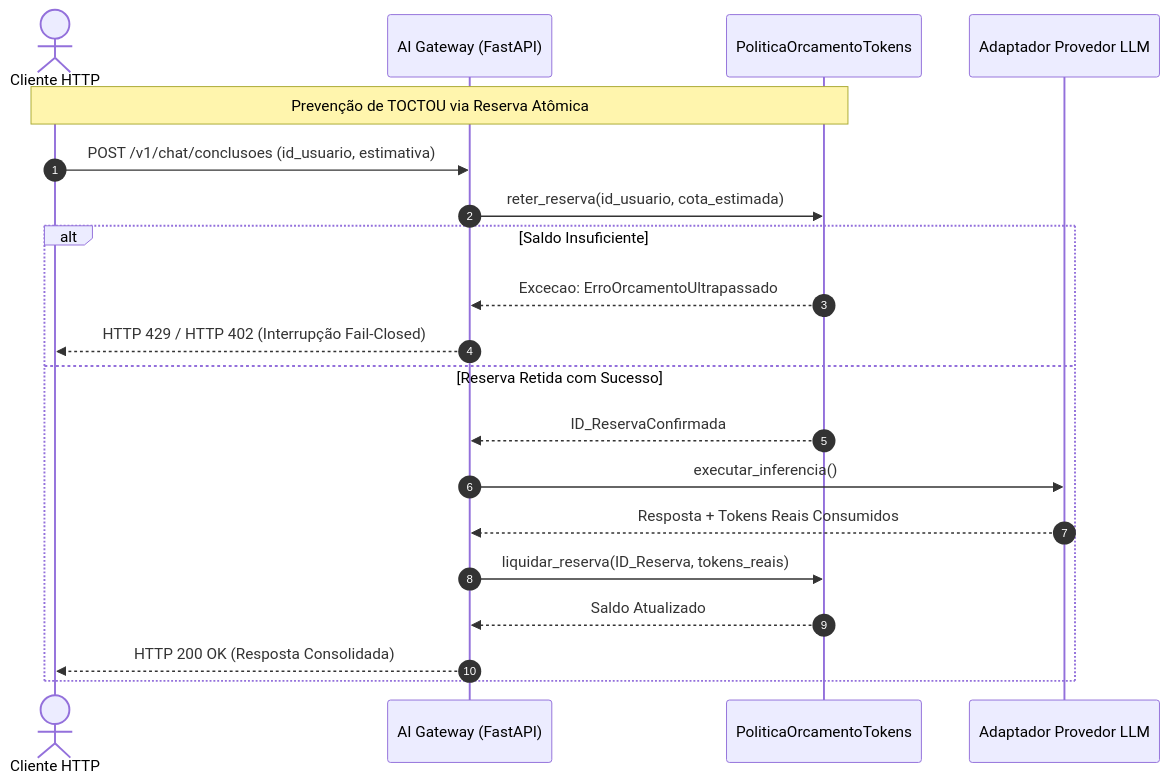
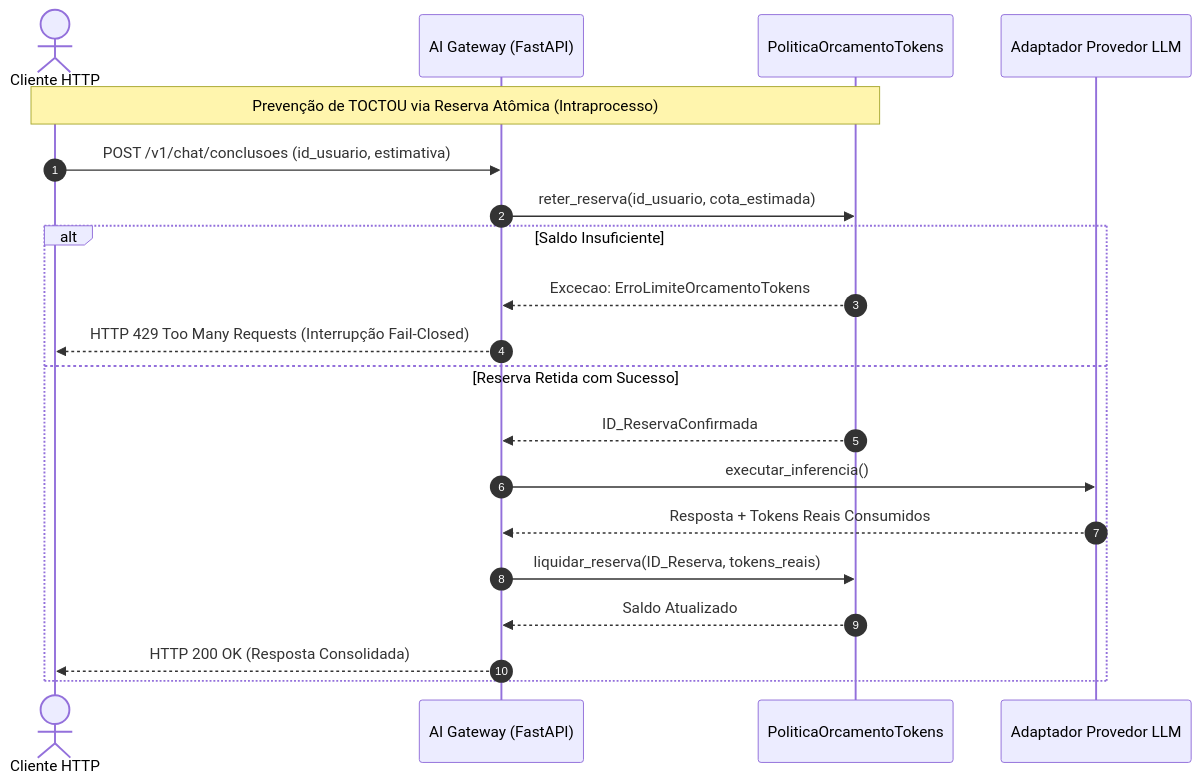
The second of 8 diagrams in docs/caderno_tecnico.md (AirtonNettu/reusable-ai-backend-architecture), drawn with Mermaid before and after one commit. The commit also changed other lines of this file, not shown here.

````diff
--- a/docs/caderno_tecnico.md
+++ b/docs/caderno_tecnico.md
@@ -57,23 +57,23 @@
 ```mermaid
 sequenceDiagram
     autonumber
     actor Cliente as Cliente HTTP
     participant Gateway as AI Gateway (FastAPI)
     participant Orcamento as PoliticaOrcamentoTokens
     participant LLM as Adaptador Provedor LLM
 
-    Note over Cliente,Orcamento: Prevenção de TOCTOU via Reserva Atômica
+    Note over Cliente,Orcamento: Prevenção de TOCTOU via Reserva Atômica (Intraprocesso)
     Cliente->>Gateway: POST /v1/chat/conclusoes (id_usuario, estimativa)
     Gateway->>Orcamento: reter_reserva(id_usuario, cota_estimada)
     alt Saldo Insuficiente
-        Orcamento-->>Gateway: Excecao: ErroOrcamentoUltrapassado
-        Gateway-->>Cliente: HTTP 429 / HTTP 402 (Interrupção Fail-Closed)
+        Orcamento-->>Gateway: Excecao: ErroLimiteOrcamentoTokens
+        Gateway-->>Cliente: HTTP 429 Too Many Requests (Interrupção Fail-Closed)
     else Reserva Retida com Sucesso
         Orcamento-->>Gateway: ID_ReservaConfirmada
         Gateway->>LLM: executar_inferencia()
         LLM-->>Gateway: Resposta + Tokens Reais Consumidos
         Gateway->>Orcamento: liquidar_reserva(ID_Reserva, tokens_reais)
         Orcamento-->>Gateway: Saldo Atualizado
         Gateway-->>Cliente: HTTP 200 OK (Resposta Consolidada)
     end
 ```
````
